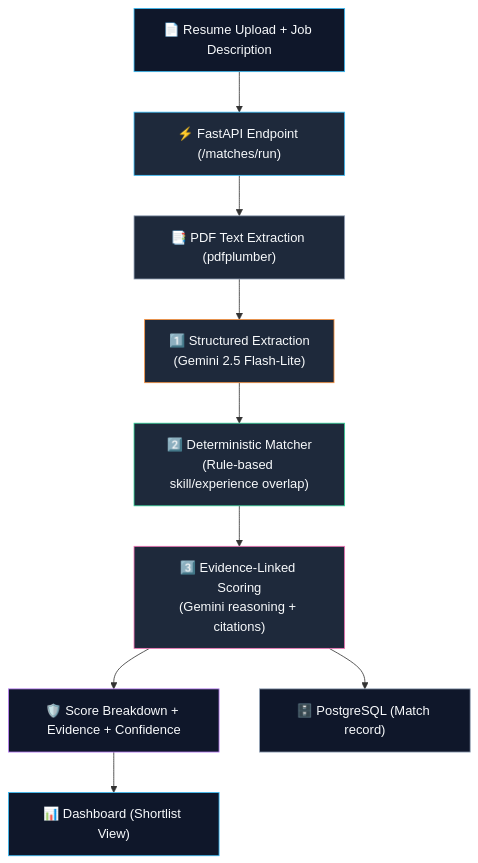
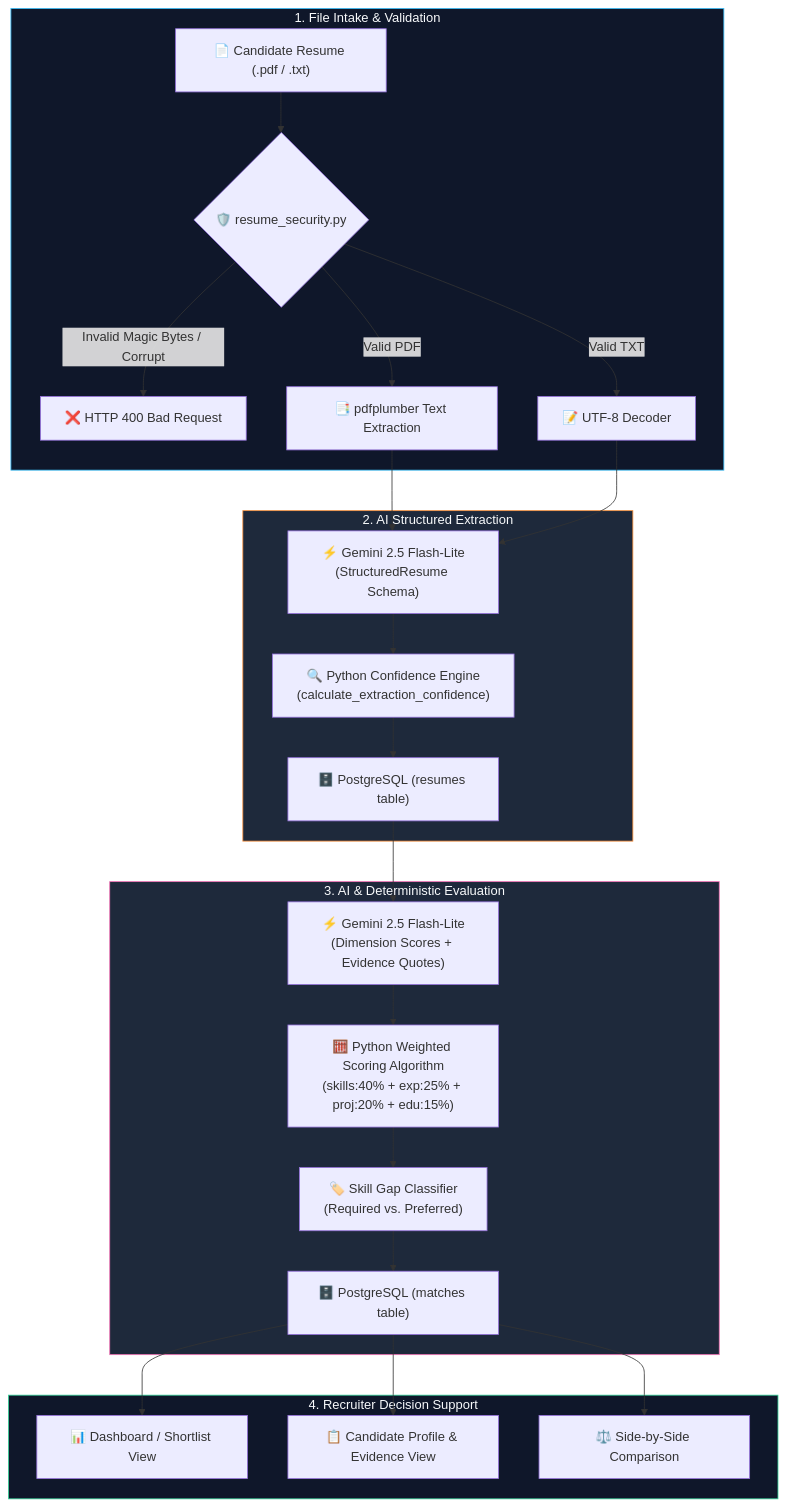
Before and after one commit to PavankumarJ02/HireLens: the first of 2 diagrams in README.md, drawn with Mermaid. The commit also changed other lines of this file, not shown here.

Commit message:
docs: rewrite README to improve documentation of HireLens architecture, features, and security protocols

````diff
--- a/README.md
+++ b/README.md
@@ -186,21 +105,33 @@
 ```mermaid
-graph TD
-    A["📄 Resume Upload + Job Description"] --> B["⚡ FastAPI Endpoint (/matches/run)"]
-    B --> C["📑 PDF Text Extraction (pdfplumber)"]
-    C --> D["1️⃣ Structured Extraction<br/>(Gemini 2.5 Flash-Lite)"]
-    D --> E["2️⃣ Deterministic Matcher<br/>(Rule-based skill/experience overlap)"]
-    E --> F["3️⃣ Evidence-Linked Scoring<br/>(Gemini reasoning + citations)"]
-    F --> G["🛡️ Score Breakdown + Evidence + Confidence"]
-    F --> H["🗄️ PostgreSQL (Match record)"]
-    G --> I["📊 Dashboard (Shortlist View)"]
+flowchart TD
+    subgraph INTAKE["1. File Intake & Validation"]
+        A["📄 Candidate Resume (.pdf / .txt)"] --> B{"🛡️ resume_security.py"}
+        B -- "Invalid Magic Bytes / Corrupt" --> ERR["❌ HTTP 400 Bad Request"]
+        B -- "Valid PDF" --> C["📑 pdfplumber Text Extraction"]
+        B -- "Valid TXT" --> D["📝 UTF-8 Decoder"]
+    end
 
-    style A fill:#0f172a,stroke:#38bdf8,color:#f8fafc
-    style B fill:#1e293b,stroke:#38bdf8,color:#f8fafc
-    style C fill:#1e293b,stroke:#94a3b8,color:#f8fafc
-    style D fill:#1e293b,stroke:#fb923c,color:#f8fafc
-    style E fill:#1e293b,stroke:#34d399,color:#f8fafc
-    style F fill:#1e293b,stroke:#f472b6,color:#f8fafc
-    style G fill:#0f172a,stroke:#c084fc,color:#f8fafc
-    style H fill:#0f172a,stroke:#94a3b8,color:#f8fafc
-    style I fill:#0f172a,stroke:#38bdf8,color:#f8fafc
+    subgraph EXTRACTION["2. AI Structured Extraction"]
+        C & D --> E["⚡ Gemini 2.5 Flash-Lite<br/>(StructuredResume Schema)"]
+        E --> F["🔍 Python Confidence Engine<br/>(calculate_extraction_confidence)"]
+        F --> G["🗄️ PostgreSQL (resumes table)"]
+    end
+
+    subgraph MATCHING["3. AI & Deterministic Evaluation"]
+        G --> H["⚡ Gemini 2.5 Flash-Lite<br/>(Dimension Scores + Evidence Quotes)"]
+        H --> I["🧮 Python Weighted Scoring Algorithm<br/>(skills:40% + exp:25% + proj:20% + edu:15%)"]
+        I --> J["🏷️ Skill Gap Classifier<br/>(Required vs. Preferred)"]
+        J --> K["🗄️ PostgreSQL (matches table)"]
+    end
+
+    subgraph PRESENTATION["4. Recruiter Decision Support"]
+        K --> L["📊 Dashboard / Shortlist View"]
+        K --> M["📋 Candidate Profile & Evidence View"]
+        K --> N["⚖️ Side-by-Side Comparison"]
+    end
+
+    style INTAKE fill:#0f172a,stroke:#38bdf8,color:#f8fafc
+    style EXTRACTION fill:#1e293b,stroke:#fb923c,color:#f8fafc
+    style MATCHING fill:#1e293b,stroke:#f472b6,color:#f8fafc
+    style PRESENTATION fill:#0f172a,stroke:#34d399,color:#f8fafc
 ```
````
